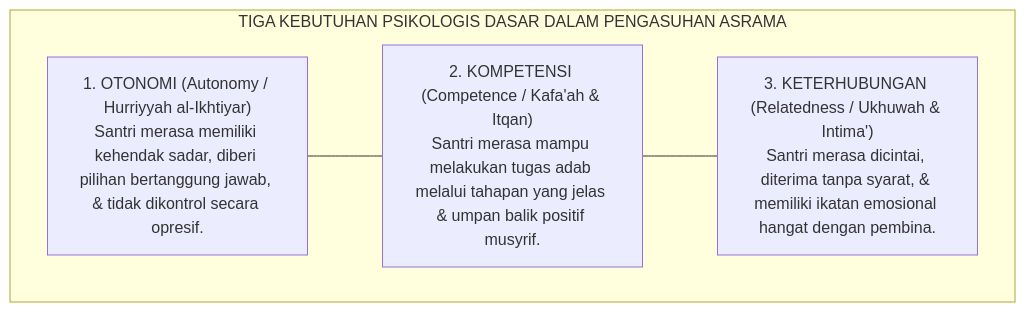
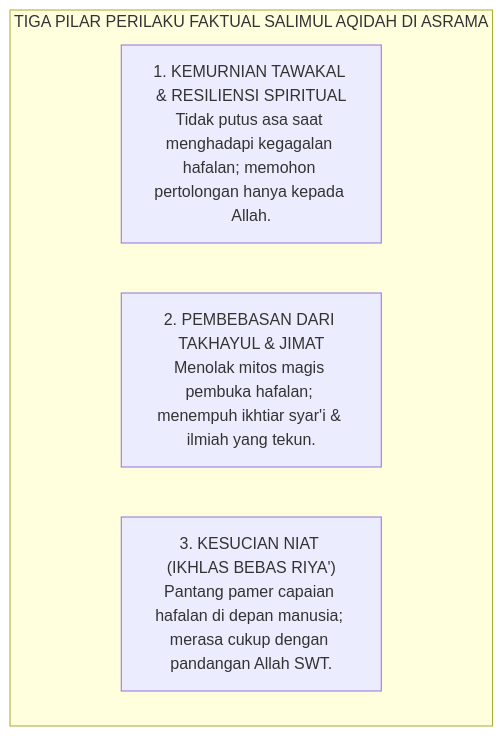
Before and after one commit to wandiapriliyandi/tumbuh: the eighth of 47 diagrams in BOOK-SERIES/Volume-02/Buku-Volume-02-Taksonomi-Kapasitas-dan-10-Profil-Karakter.md, drawn with Mermaid. The commit also changed other lines of this file and 27 other files, not shown here.

````diff
--- a/BOOK-SERIES/Volume-02/Buku-Volume-02-Taksonomi-Kapasitas-dan-10-Profil-Karakter.md
+++ b/BOOK-SERIES/Volume-02/Buku-Volume-02-Taksonomi-Kapasitas-dan-10-Profil-Karakter.md
@@ -428,12 +479,10 @@
 ```mermaid
 graph TD
-    subgraph TigaKebutuhan["TIGA KEBUTUHAN PSIKOLOGIS DASAR DALAM PENGASUHAN ASRAMA"]
-        K1["1. OTONOMI (Autonomy / Hurriyyah al-Ikhtiyar)<br/>Santri merasa memiliki kehendak sadar, diberi pilihan bertanggung jawab, & tidak dikontrol secara opresif."]
+    subgraph PilarAqidah["TIGA PILAR PERILAKU FAKTUAL SALIMUL AQIDAH DI ASRAMA"]
+        P1["1. KEMURNIAN TAWAKAL & RESILIENSI SPIRITUAL<br/>Tidak putus asa saat menghadapi kegagalan hafalan; memohon pertolongan hanya kepada Allah."]
         
-        K2["2. KOMPETENSI (Competence / Kafa'ah & Itqan)<br/>Santri merasa mampu melakukan tugas adab melalui tahapan yang jelas & umpan balik positif musyrif."]
+        P2["2. PEMBEBASAN DARI TAKHAYUL & JIMAT<br/>Menolak mitos magis pembuka hafalan; menempuh ikhtiar syar'i & ilmiah yang tekun."]
         
-        K3["3. KETERHUBUNGAN (Relatedness / Ukhuwah & Intima')<br/>Santri merasa dicintai, diterima tanpa syarat, & memiliki ikatan emosional hangat dengan pembina."]
-        
-        K1 --- K2 --- K3
+        P3["3. KESUCIAN NIAT (IKHLAS BEBAS RIYA')<br/>Pantang pamer capaian hafalan di depan manusia; merasa cukup dengan pandangan Allah SWT."]
     end
 ```
````
